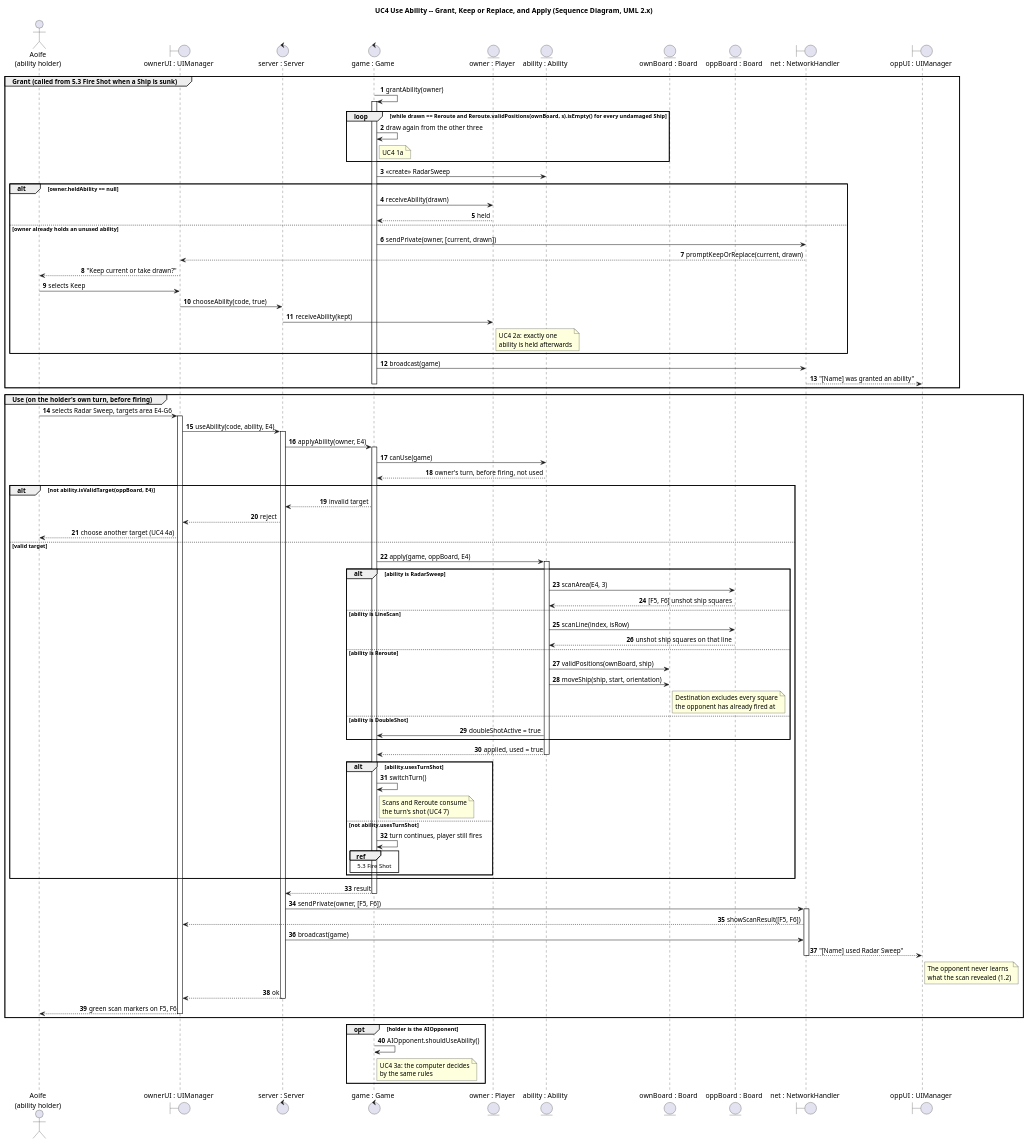
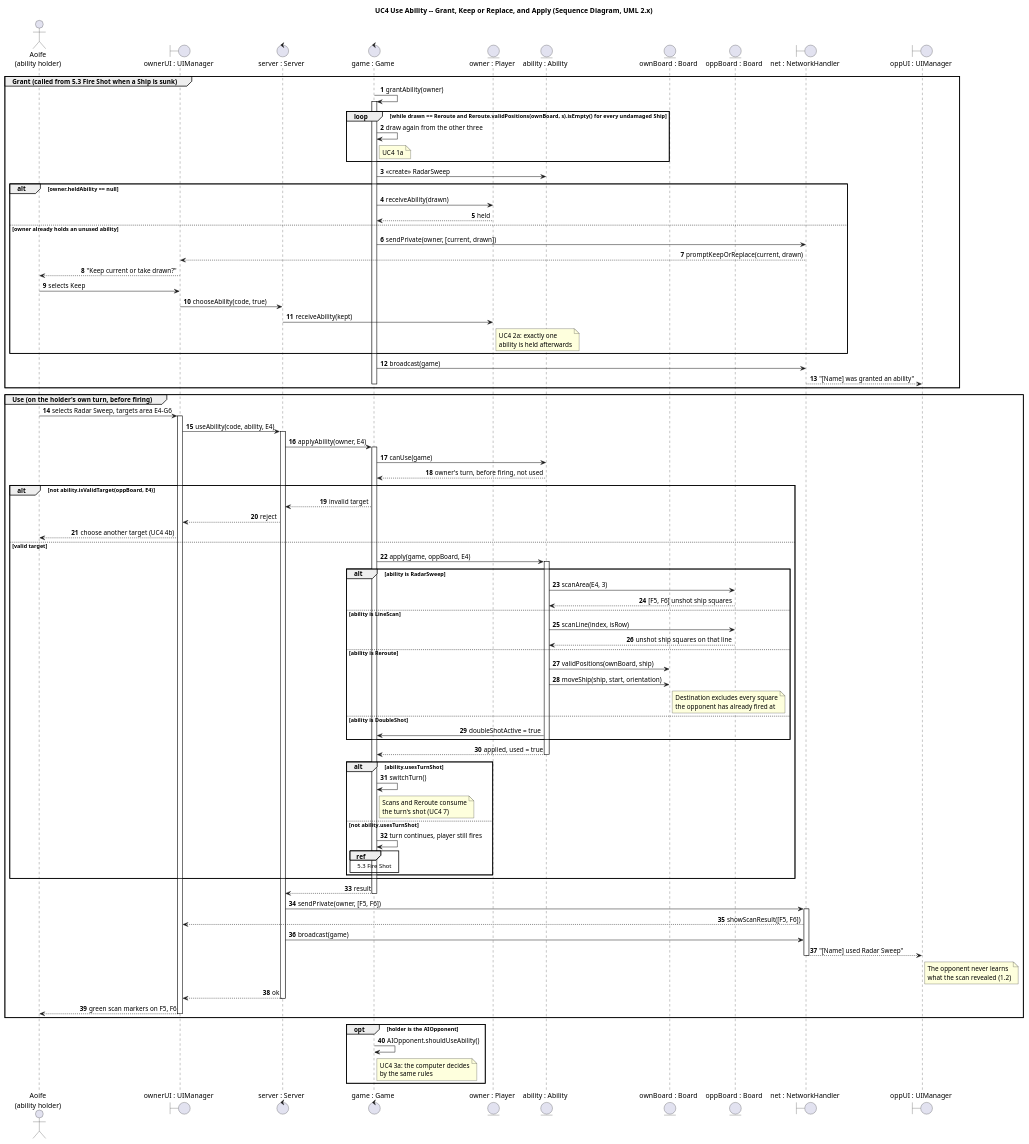
Before and after one commit to queeeety/battleship-online: the diagram in docs/uml/sequence/use-ability.puml, drawn with PlantUML. The commit also changed 3 other files, not shown here.

Commit message:
Fixed 4 diagrams to match Usecase numbering

```diff
--- a/docs/uml/sequence/use-ability.puml
+++ b/docs/uml/sequence/use-ability.puml
@@ -1,106 +1,106 @@
 @startuml 5_4_UseAbility_SequenceDiagram
 ' MyBattleship -- GroupXXAssign2.pdf, section 5.4: Use Ability
 ' Scenario: UC4 Use Ability, scenarios 2.6, 2.7 and 2.8. Referenced from 5.3 Fire Shot.
 title UC4 Use Ability -- Grant, Keep or Replace, and Apply (Sequence Diagram, UML 2.x)
 
 skinparam sequenceMessageAlign first
 autonumber
 
 actor "Aoife\n(ability holder)" as Owner
 boundary "ownerUI : UIManager" as UI
 control "server : Server" as Server
 control "game : Game" as Game
 entity "owner : Player" as Player
 entity "ability : Ability" as Ability
 entity "ownBoard : Board" as OwnBoard
 entity "oppBoard : Board" as OppBoard
 boundary "net : NetworkHandler" as Net
 boundary "oppUI : UIManager" as OppUI
 
 group Grant (called from 5.3 Fire Shot when a Ship is sunk)
   Game -> Game : grantAbility(owner)
   activate Game
   loop while drawn == Reroute and Reroute.validPositions(ownBoard, s).isEmpty() for every undamaged Ship
     Game -> Game : draw again from the other three
     note right of Game : UC4 1a
   end
   Game -> Ability : <<create>> RadarSweep
   alt owner.heldAbility == null
     Game -> Player : receiveAbility(drawn)
     Player --> Game : held
   else owner already holds an unused ability
     Game -> Net : sendPrivate(owner, [current, drawn])
     Net --> UI : promptKeepOrReplace(current, drawn)
     UI --> Owner : "Keep current or take drawn?"
     Owner -> UI : selects Keep
     UI -> Server : chooseAbility(code, true)
     Server -> Player : receiveAbility(kept)
     note right of Player : UC4 2a: exactly one\nability is held afterwards
   end
   Game -> Net : broadcast(game)
   Net --> OppUI : "[Name] was granted an ability"
   deactivate Game
 end
 
 group Use (on the holder's own turn, before firing)
   Owner -> UI : selects Radar Sweep, targets area E4-G6
   activate UI
   UI -> Server : useAbility(code, ability, E4)
   activate Server
   Server -> Game : applyAbility(owner, E4)
   activate Game
   Game -> Ability : canUse(game)
   Ability --> Game : owner's turn, before firing, not used
 
   alt not ability.isValidTarget(oppBoard, E4)
     Game --> Server : invalid target
     Server --> UI : reject
-    UI --> Owner : choose another target (UC4 4a)
+    UI --> Owner : choose another target (UC4 4b)
   else valid target
     Game -> Ability : apply(game, oppBoard, E4)
     activate Ability
     alt ability is RadarSweep
       Ability -> OppBoard : scanArea(E4, 3)
       OppBoard --> Ability : [F5, F6] unshot ship squares
     else ability is LineScan
       Ability -> OppBoard : scanLine(index, isRow)
       OppBoard --> Ability : unshot ship squares on that line
     else ability is Reroute
       Ability -> OwnBoard : validPositions(ownBoard, ship)
       Ability -> OwnBoard : moveShip(ship, start, orientation)
       note right of OwnBoard : Destination excludes every square\nthe opponent has already fired at
     else ability is DoubleShot
       Ability -> Game : doubleShotActive = true
     end
     Ability --> Game : applied, used = true
     deactivate Ability
 
     alt ability.usesTurnShot
       Game -> Game : switchTurn()
       note right of Game : Scans and Reroute consume\nthe turn's shot (UC4 7)
     else not ability.usesTurnShot
       Game -> Game : turn continues, player still fires
       ref over Game : 5.3 Fire Shot
     end
   end
 
   Game --> Server : result
   deactivate Game
   Server -> Net : sendPrivate(owner, [F5, F6])
   activate Net
   Net --> UI : showScanResult([F5, F6])
   Server -> Net : broadcast(game)
   Net --> OppUI : "[Name] used Radar Sweep"
   note right of OppUI : The opponent never learns\nwhat the scan revealed (1.2)
   deactivate Net
   Server --> UI : ok
   deactivate Server
   UI --> Owner : green scan markers on F5, F6
   deactivate UI
 end
 
 opt holder is the AIOpponent
   Game -> Game : AIOpponent.shouldUseAbility()
   note right of Game : UC4 3a: the computer decides\nby the same rules
 end
 @enduml
```
